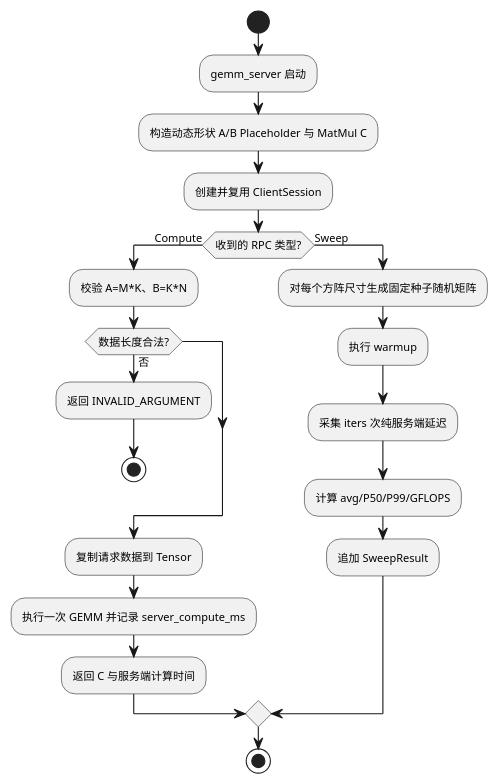
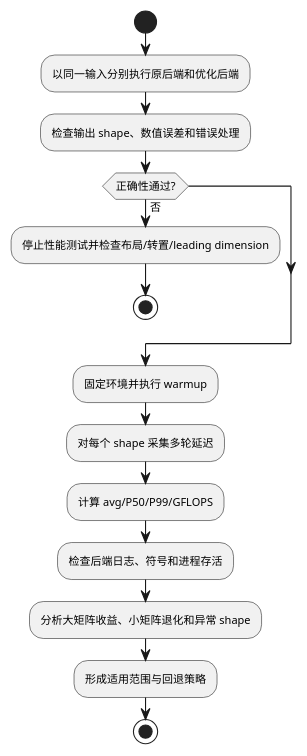
One commit to wlmnzf40/kblas-gemm-tuning changed the ninth of 10 diagrams in references/detailed-design.md. Above: the diagram before and after it, drawn with PlantUML. The commit also changed other lines of this file, not shown here.

````diff
--- a/references/detailed-design.md
+++ b/references/detailed-design.md
@@ -407,28 +451,20 @@
 ```plantuml
 @startuml
 skinparam defaultFontName "Microsoft YaHei"
 skinparam defaultFontSize 10
 start
-:gemm_server 启动;
-:构造动态形状 A/B Placeholder 与 MatMul C;
-:创建并复用 ClientSession;
-
-if (收到的 RPC 类型?) then (Compute)
-  :校验 A=M*K、B=K*N;
-  if (数据长度合法?) then (否)
-    :返回 INVALID_ARGUMENT;
-    stop
-  endif
-  :复制请求数据到 Tensor;
-  :执行一次 GEMM 并记录 server_compute_ms;
-  :返回 C 与服务端计算时间;
-else (Sweep)
-  :对每个方阵尺寸生成固定种子随机矩阵;
-  :执行 warmup;
-  :采集 iters 次纯服务端延迟;
-  :计算 avg/P50/P99/GFLOPS;
-  :追加 SweepResult;
+:以同一输入分别执行原后端和优化后端;
+:检查输出 shape、数值误差和错误处理;
+if (正确性通过?) then (否)
+  :停止性能测试并检查布局/转置/leading dimension;
+  stop
 endif
+:固定环境并执行 warmup;
+:对每个 shape 采集多轮延迟;
+:计算 avg/P50/P99/GFLOPS;
+:检查后端日志、符号和进程存活;
+:分析大矩阵收益、小矩阵退化和异常 shape;
+:形成适用范围与回退策略;
 stop
 @enduml
 ```
````
